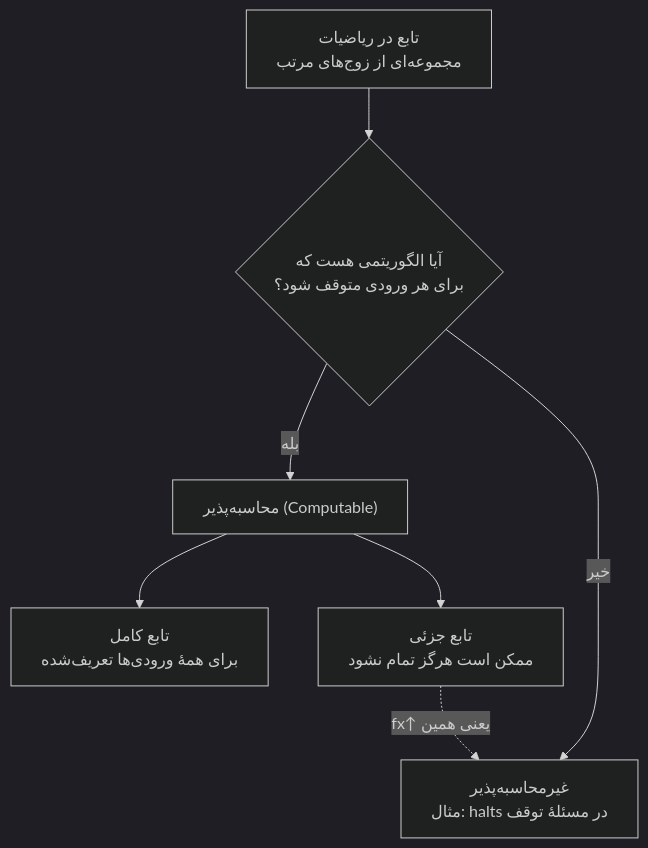
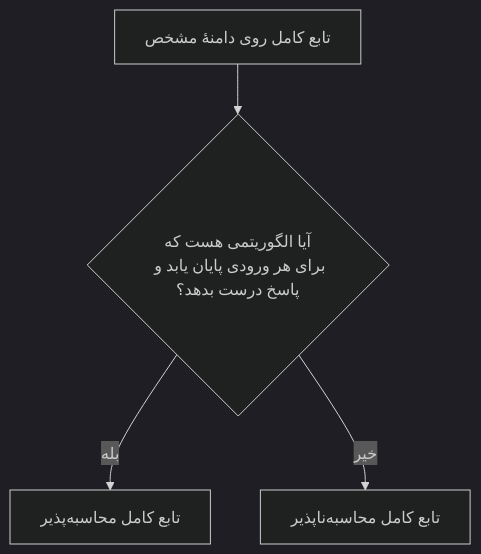
One commit to fum-cs/fundamentals-of-programming changed the first of 11 diagrams in book/parts/p04-functions/part-four.md. Above: the diagram before and after it, drawn with Mermaid (dark theme). The commit also changed other lines of this file and 1 other file, not shown here.

````diff
--- a/book/parts/p04-functions/part-four.md
+++ b/book/parts/p04-functions/part-four.md
@@ -330,9 +1091,6 @@
 ```mermaid
 flowchart TD
-    A["تابع در ریاضیات<br/>مجموعه‌ای از زوج‌های مرتب"] --> B{"آیا الگوریتمی هست که<br/>برای هر ورودی متوقف شود؟"}
-    B -- بله --> C["محاسبه‌پذیر (Computable)"]
-    B -- خیر --> D["غیرمحاسبه‌پذیر<br/>مثال: halts در مسئلهٔ توقف"]
-    C --> E["تابع کامل<br/>برای همهٔ ورودی‌ها تعریف‌شده"]
-    C --> F["تابع جزئی<br/>ممکن است هرگز تمام نشود"]
-    F -. fx↑ یعنی همین .-> D
+    A["تابع کامل روی دامنهٔ مشخص"] --> B{"آیا الگوریتمی هست که<br/>برای هر ورودی پایان یابد و پاسخ درست بدهد؟"}
+    B -->|بله| C["تابع کامل محاسبه‌پذیر"]
+    B -->|خیر| D["تابع کامل محاسبه‌ناپذیر"]
 ```
````
